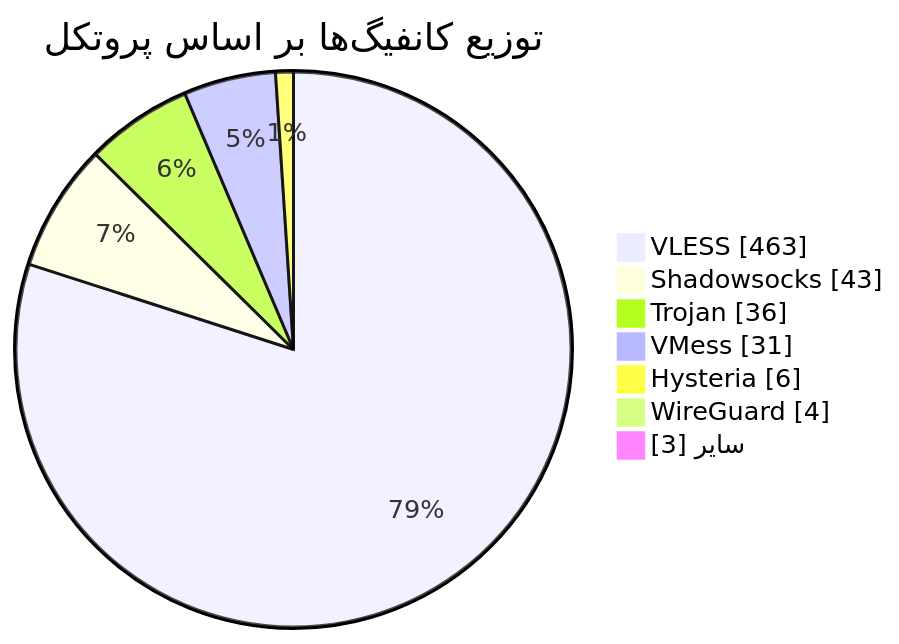
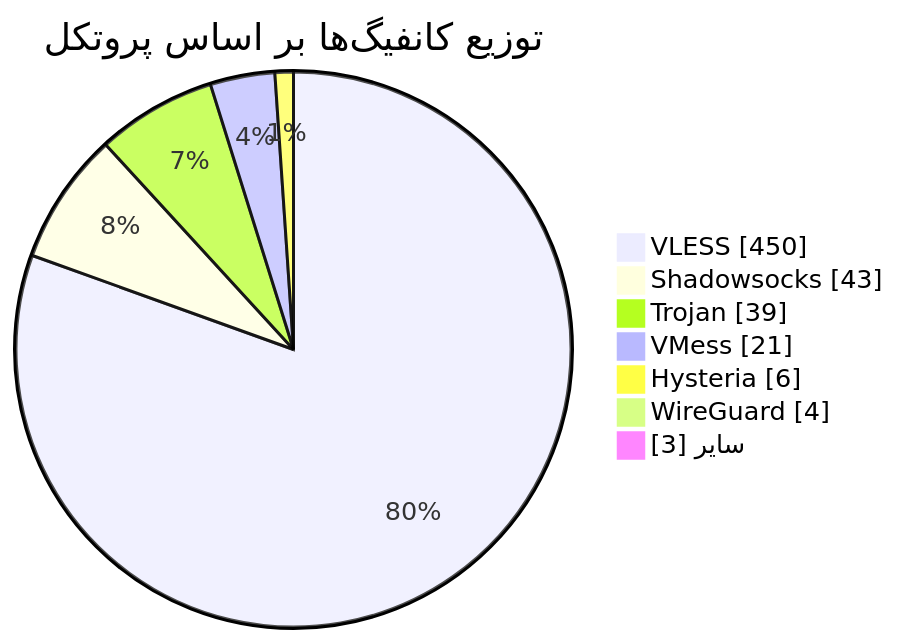
The diagram in README.md (Arian-Alijani/Somthing), drawn with Mermaid before and after one commit. The commit also changed other lines of this file and 19 other files, not shown here.

````diff
--- a/README.md
+++ b/README.md
@@ -49,11 +49,11 @@
 ```mermaid
 pie showData
     title توزیع کانفیگ‌ها بر اساس پروتکل
-    "VLESS" : 463
+    "VLESS" : 450
     "Shadowsocks" : 43
-    "Trojan" : 36
-    "VMess" : 31
+    "Trojan" : 39
+    "VMess" : 21
     "Hysteria" : 6
     "WireGuard" : 4
     "سایر" : 3
 ```
````
